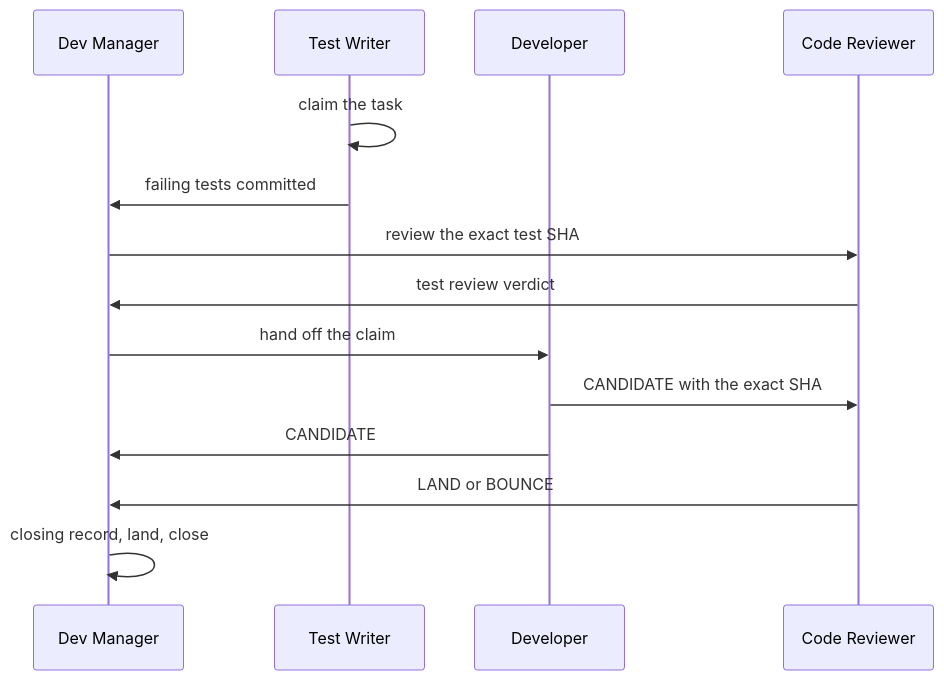
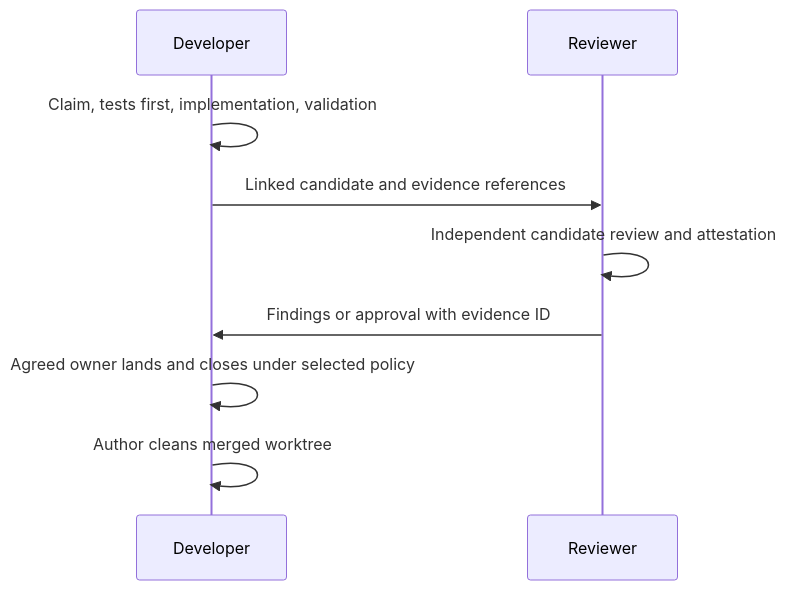
The second of 2 diagrams in docs/guides/runbooks.md (GobbyAI/gobby), drawn with Mermaid before and after one commit. The commit also changed other lines of this file and 227 other files, not shown here.

````diff
--- a/docs/guides/runbooks.md
+++ b/docs/guides/runbooks.md
@@ -85,16 +88,11 @@
 ```mermaid
 sequenceDiagram
-  participant DM as Dev Manager
-  participant TW as Test Writer
   participant Dev as Developer
-  participant CR as Code Reviewer
-  TW->>TW: claim the task
-  TW->>DM: failing tests committed
-  DM->>CR: review the exact test SHA
-  CR->>DM: test review verdict
-  DM->>Dev: hand off the claim
-  Dev->>CR: CANDIDATE with the exact SHA
-  Dev->>DM: CANDIDATE
-  CR->>DM: LAND or BOUNCE
-  DM->>DM: closing record, land, close
+  participant Rev as Reviewer
+  Dev->>Dev: Claim, tests first, implementation, validation
+  Dev->>Rev: Linked candidate and evidence references
+  Rev->>Rev: Independent candidate review and attestation
+  Rev->>Dev: Findings or approval with evidence ID
+  Dev->>Dev: Agreed owner lands and closes under selected policy
+  Dev->>Dev: Author cleans merged worktree
 ```
````
